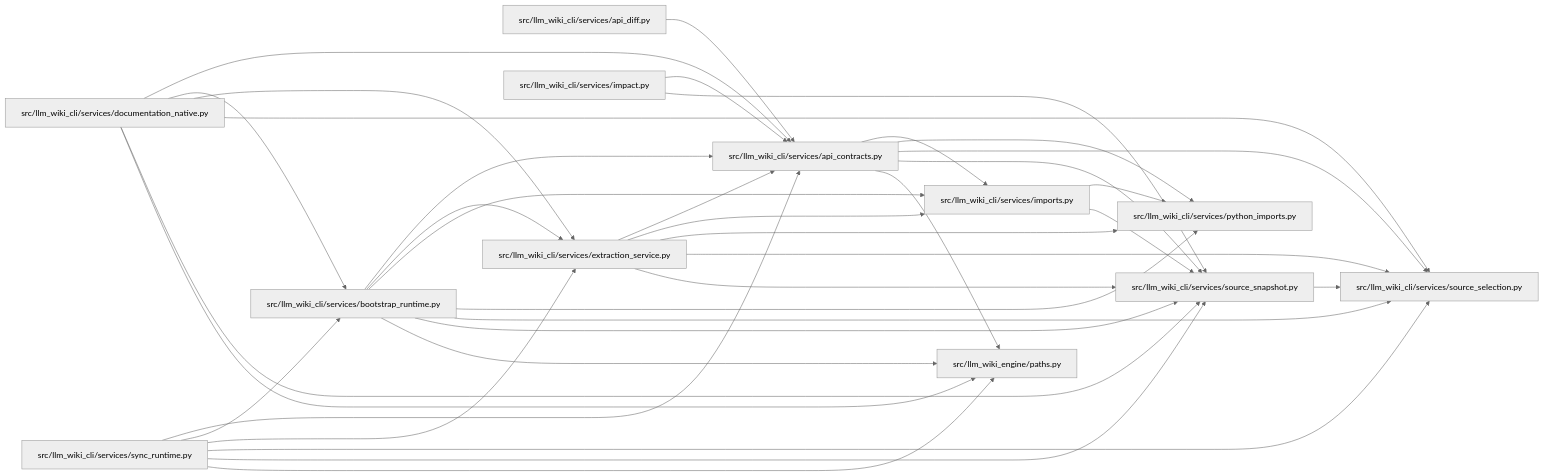
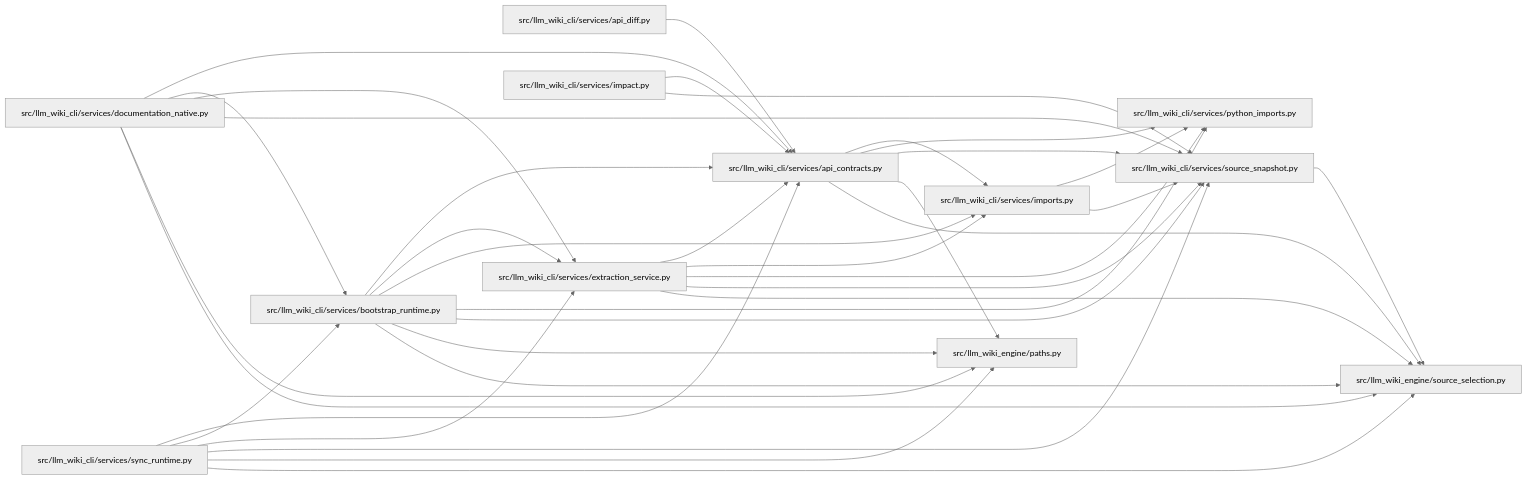
One commit to Denissvgn/python-wiki-llm changed the diagram in docs/llm_wiki/modules/api_contracts.md. Above: the diagram before and after it, drawn with Mermaid (neutral theme). The commit also changed other lines of this file and 739 other files, not shown here.

First line of the commit message:
docs: refresh the wiki for the second engine batch

````diff
--- a/docs/llm_wiki/modules/api_contracts.md
+++ b/docs/llm_wiki/modules/api_contracts.md
@@ -40,62 +40,62 @@
 ```mermaid
 flowchart LR
     n0["src/llm_wiki_cli/services/api_contracts.py"]
     n1["src/llm_wiki_cli/services/api_diff.py"]
     n2["src/llm_wiki_cli/services/bootstrap_runtime.py"]
     n3["src/llm_wiki_cli/services/documentation_native.py"]
     n4["src/llm_wiki_cli/services/extraction_service.py"]
     n5["src/llm_wiki_cli/services/impact.py"]
     n6["src/llm_wiki_cli/services/imports.py"]
     n7["src/llm_wiki_cli/services/python_imports.py"]
-    n8["src/llm_wiki_cli/services/source_selection.py"]
-    n9["src/llm_wiki_cli/services/source_snapshot.py"]
-    n10["src/llm_wiki_cli/services/sync_runtime.py"]
-    n11["src/llm_wiki_engine/paths.py"]
+    n8["src/llm_wiki_cli/services/source_snapshot.py"]
+    n9["src/llm_wiki_cli/services/sync_runtime.py"]
+    n10["src/llm_wiki_engine/paths.py"]
+    n11["src/llm_wiki_engine/source_selection.py"]
     n0 --> n6
     n0 --> n7
     n0 --> n8
-    n0 --> n9
+    n0 --> n10
     n0 --> n11
     n1 --> n0
     n2 --> n0
     n2 --> n4
     n2 --> n6
     n2 --> n7
     n2 --> n8
-    n2 --> n9
+    n2 --> n10
     n2 --> n11
     n3 --> n0
     n3 --> n2
     n3 --> n4
     n3 --> n8
-    n3 --> n9
+    n3 --> n10
     n3 --> n11
     n4 --> n0
     n4 --> n6
     n4 --> n7
     n4 --> n8
-    n4 --> n9
+    n4 --> n11
     n5 --> n0
-    n5 --> n9
+    n5 --> n8
     n6 --> n7
-    n6 --> n9
+    n6 --> n8
+    n8 --> n11
+    n9 --> n0
+    n9 --> n2
+    n9 --> n4
     n9 --> n8
-    n10 --> n0
-    n10 --> n2
-    n10 --> n4
-    n10 --> n8
-    n10 --> n9
-    n10 --> n11
+    n9 --> n10
+    n9 --> n11
     click n0 "../modules/api_contracts.md"
     click n1 "../modules/api_diff.md"
     click n2 "../modules/bootstrap_runtime.md"
     click n3 "../modules/documentation_native.md"
     click n4 "../modules/extraction_service.md"
     click n5 "../modules/impact.md"
     click n6 "../modules/imports.md"
     click n7 "../modules/python_imports.md"
-    click n8 "../modules/source_selection.md"
-    click n9 "../modules/source_snapshot.md"
-    click n10 "../modules/sync_runtime.md"
-    click n11 "../modules/paths.md"
+    click n8 "../modules/source_snapshot.md"
+    click n9 "../modules/sync_runtime.md"
+    click n10 "../modules/paths.md"
+    click n11 "../modules/source_selection.md"
 ```
````
